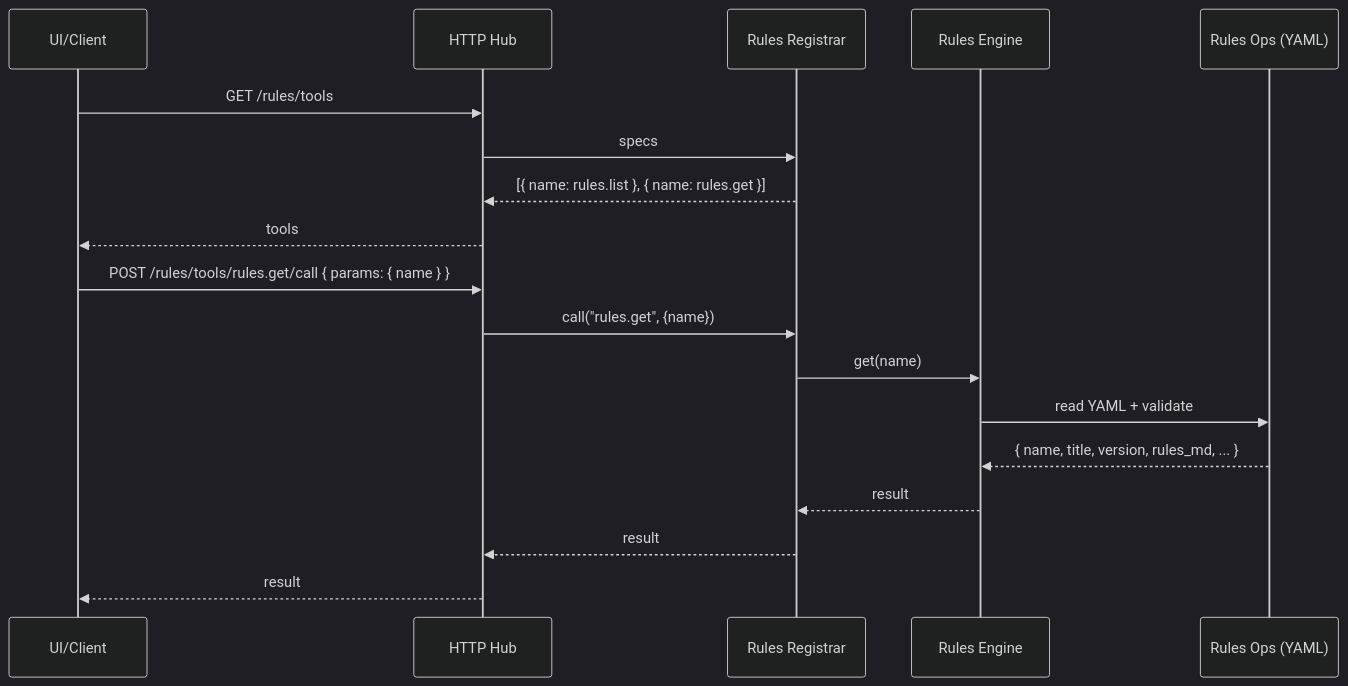
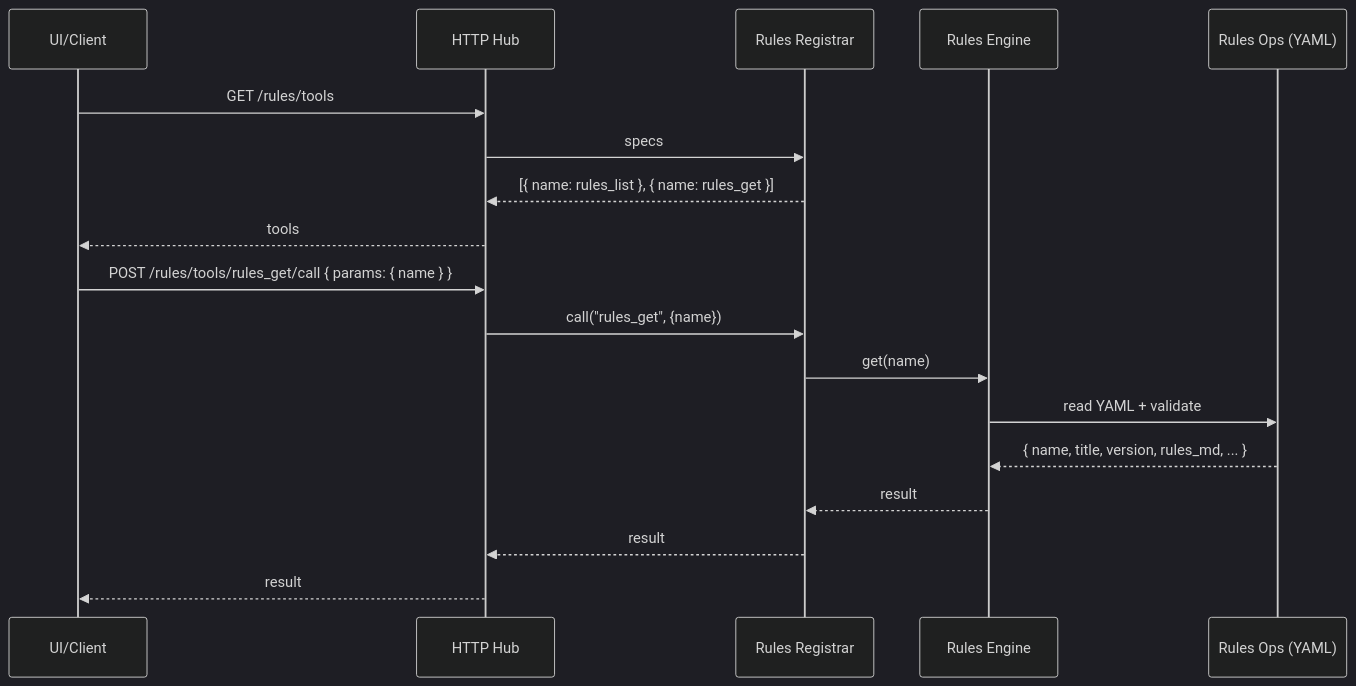
Before and after one commit to ashabbir/savant: the diagram in docs/prds/done/savant-rules_mcp.md, drawn with Mermaid (dark theme). The commit also changed other lines of this file and 37 other files, not shown here.

````diff
--- a/docs/prds/done/savant-rules_mcp.md
+++ b/docs/prds/done/savant-rules_mcp.md
@@ -79,22 +79,22 @@
 ```mermaid
 sequenceDiagram
   participant UI as UI/Client
   participant Hub as HTTP Hub
   participant Reg as Rules Registrar
   participant Eng as Rules Engine
   participant OPS as Rules Ops (YAML)
 
   UI->>Hub: GET /rules/tools
   Hub->>Reg: specs
-  Reg-->>Hub: [{ name: rules.list }, { name: rules.get }]
+  Reg-->>Hub: [{ name: rules_list }, { name: rules_get }]
   Hub-->>UI: tools
 
-  UI->>Hub: POST /rules/tools/rules.get/call { params: { name } }
-  Hub->>Reg: call("rules.get", {name})
+  UI->>Hub: POST /rules/tools/rules_get/call { params: { name } }
+  Hub->>Reg: call("rules_get", {name})
   Reg->>Eng: get(name)
   Eng->>OPS: read YAML + validate
   OPS-->>Eng: { name, title, version, rules_md, ... }
   Eng-->>Reg: result
   Reg-->>Hub: result
   Hub-->>UI: result
 ```
````
